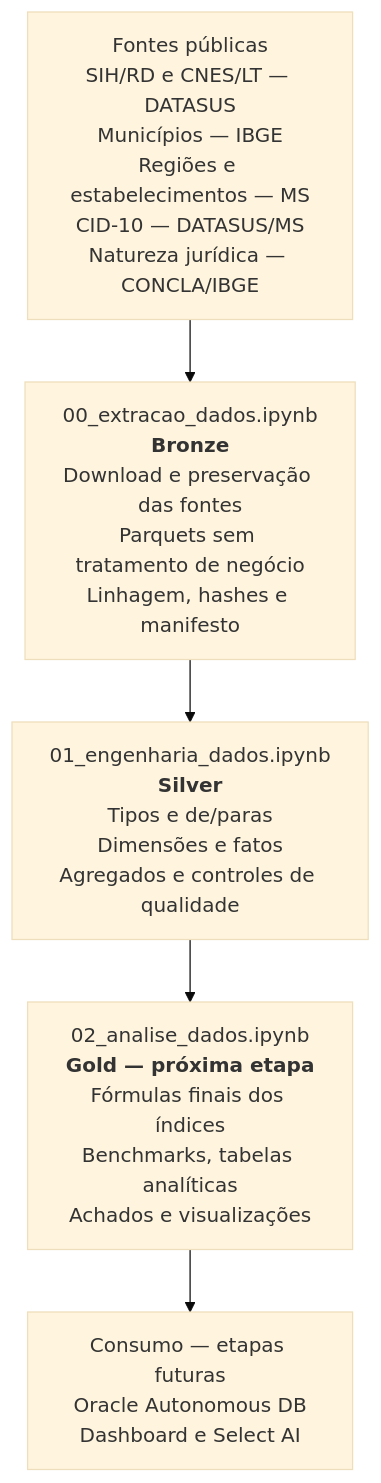
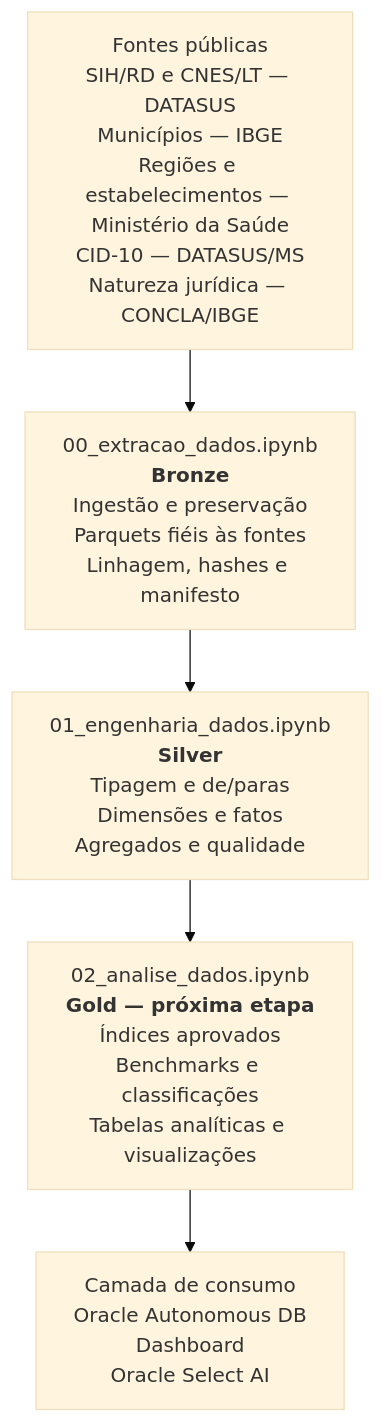
Before and after one commit to Lucas-D-S-1/medflow: the diagram in README.md, drawn with Mermaid (base theme). The commit also changed other lines of this file, not shown here.

````diff
--- a/README.md
+++ b/README.md
@@ -11,14 +57,14 @@
 ```mermaid
 flowchart TD
-    A["Fontes públicas<br/>SIH/RD e CNES/LT — DATASUS<br/>Municípios — IBGE<br/>Regiões e estabelecimentos — MS<br/>CID-10 — DATASUS/MS<br/>Natureza jurídica — CONCLA/IBGE"]
+    A["Fontes públicas<br/>SIH/RD e CNES/LT — DATASUS<br/>Municípios — IBGE<br/>Regiões e estabelecimentos — Ministério da Saúde<br/>CID-10 — DATASUS/MS<br/>Natureza jurídica — CONCLA/IBGE"]
 
-    B["00_extracao_dados.ipynb<br/><b>Bronze</b><br/>Download e preservação das fontes<br/>Parquets sem tratamento de negócio<br/>Linhagem, hashes e manifesto"]
+    B["00_extracao_dados.ipynb<br/><b>Bronze</b><br/>Ingestão e preservação<br/>Parquets fiéis às fontes<br/>Linhagem, hashes e manifesto"]
 
-    C["01_engenharia_dados.ipynb<br/><b>Silver</b><br/>Tipos e de/paras<br/>Dimensões e fatos<br/>Agregados e controles de qualidade"]
+    C["01_engenharia_dados.ipynb<br/><b>Silver</b><br/>Tipagem e de/paras<br/>Dimensões e fatos<br/>Agregados e qualidade"]
 
-    D["02_analise_dados.ipynb<br/><b>Gold — próxima etapa</b><br/>Fórmulas finais dos índices<br/>Benchmarks, tabelas analíticas<br/>Achados e visualizações"]
+    D["02_analise_dados.ipynb<br/><b>Gold — próxima etapa</b><br/>Índices aprovados<br/>Benchmarks e classificações<br/>Tabelas analíticas e visualizações"]
 
-    E["Consumo — etapas futuras<br/>Oracle Autonomous DB<br/>Dashboard e Select AI"]
+    E["Camada de consumo<br/>Oracle Autonomous DB<br/>Dashboard<br/>Oracle Select AI"]
 
     A --> B --> C --> D --> E
 ```
````
